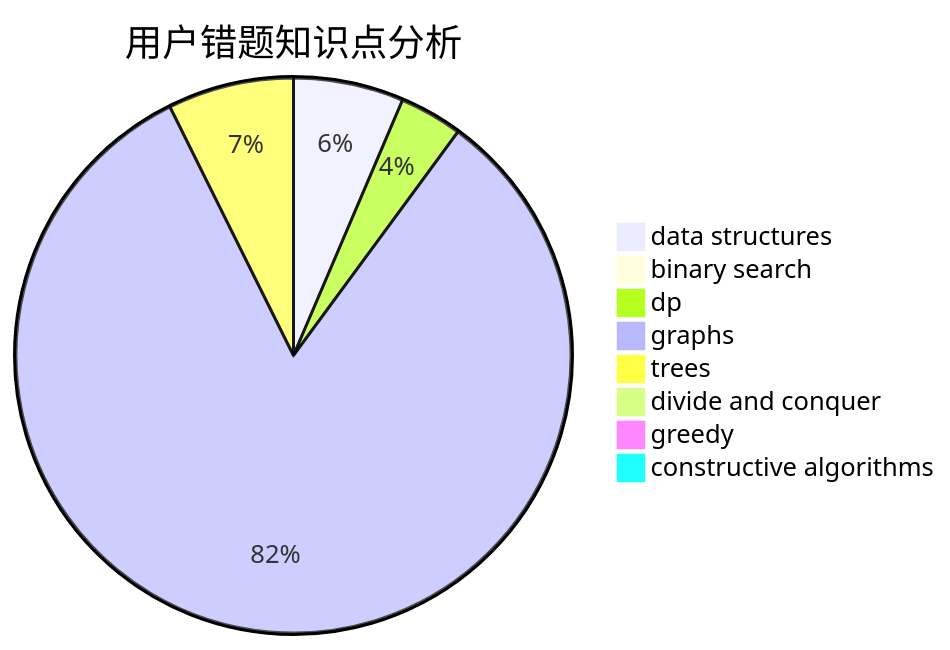
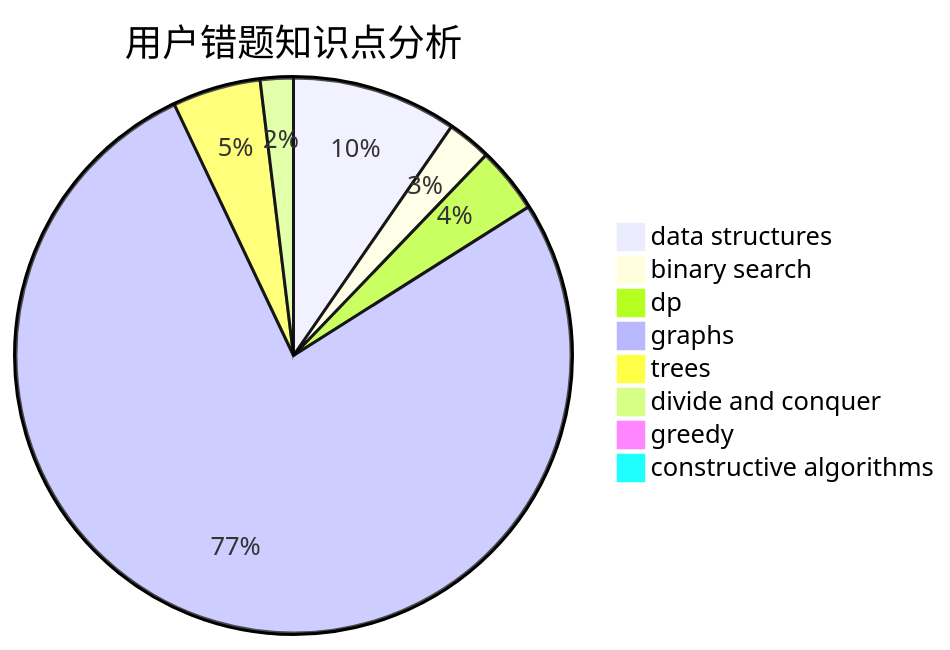
Before and after one commit to sherpahu/cfrs.github.io: the third of 3 diagrams in docs/user/u1368.md, drawn with Mermaid. The commit also changed other lines of this file and 2770 other files, not shown here.

````diff
--- a/docs/user/u1368.md
+++ b/docs/user/u1368.md
@@ -36,11 +36,11 @@
 ```mermaid
 pie title 用户错题知识点分析
-    "data structures" :  7
-    "binary search" :  0
-    "dp" :  4
-    "graphs" :  90
+    "data structures" :  15
+    "binary search" :  4
+    "dp" :  6
+    "graphs" :  120
     "trees" :  8
-    "divide and conquer" :  1
+    "divide and conquer" :  3
     "greedy" :  0
     "constructive algorithms" :  0
 ```
````
